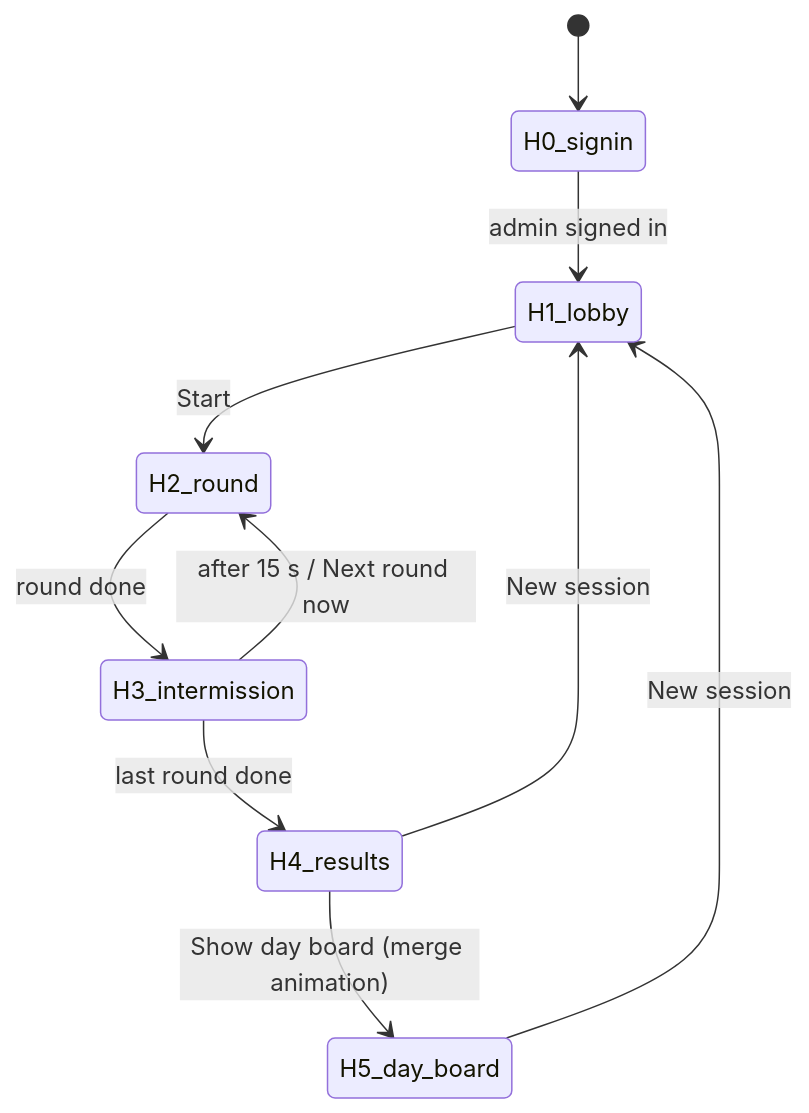
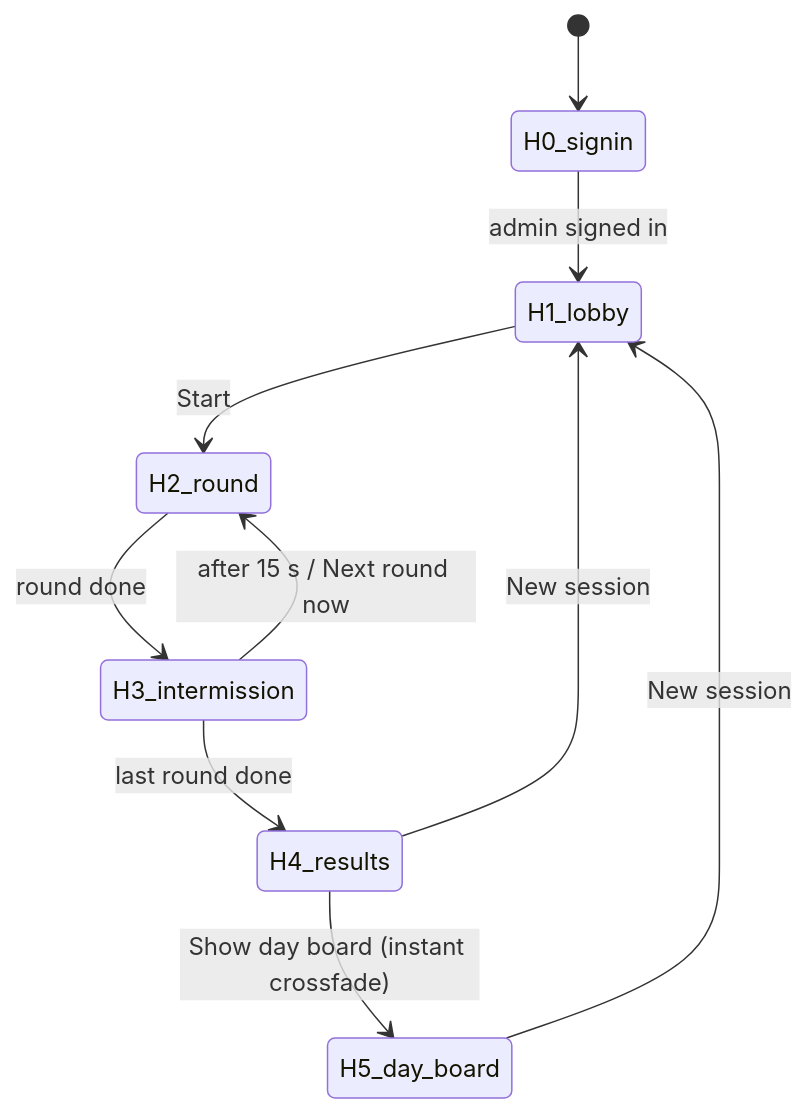
One commit to Talaljaber/GDG changed the second of 3 diagrams in docs/SCREENS.md. Above: the diagram before and after it, drawn with Mermaid. The commit also changed other lines of this file and 5 other files, not shown here.

````diff
--- a/docs/SCREENS.md
+++ b/docs/SCREENS.md
@@ -206,12 +206,12 @@
 ```mermaid
 stateDiagram-v2
     [*] --> H0_signin
     H0_signin --> H1_lobby: admin signed in
     H1_lobby --> H2_round: Start
     H2_round --> H3_intermission: round done
     H3_intermission --> H2_round: after 15 s / Next round now
     H3_intermission --> H4_results: last round done
-    H4_results --> H5_day_board: Show day board (merge animation)
+    H4_results --> H5_day_board: Show day board (instant crossfade)
     H4_results --> H1_lobby: New session
     H5_day_board --> H1_lobby: New session
 ```
````
